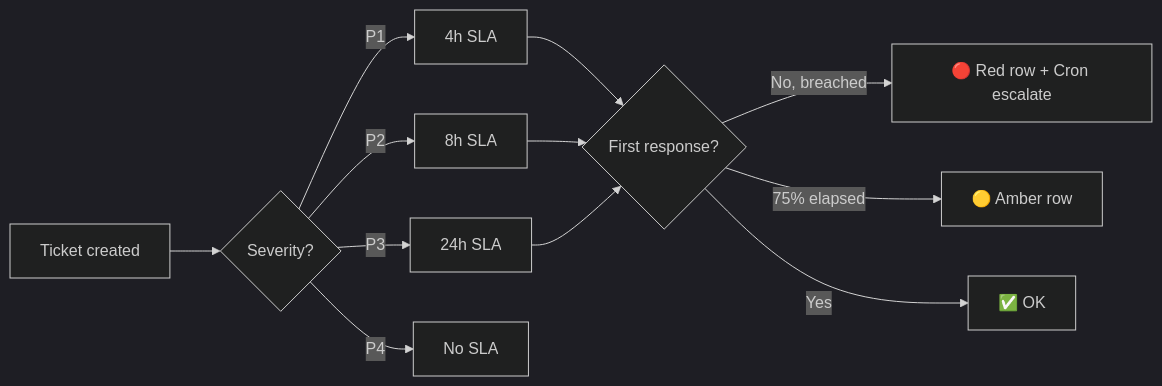
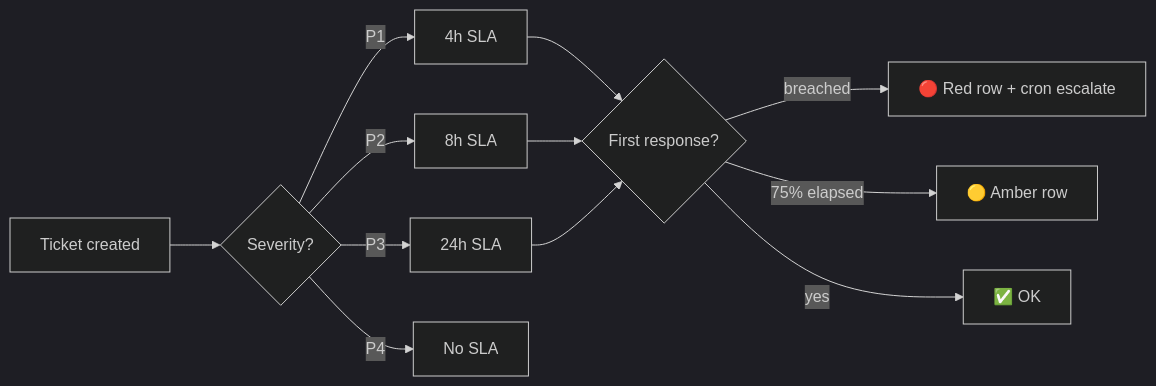
The fifth of 10 diagrams in README.md (SandaAbhishekSagar/autoace-internal-ticketing-dashboard), drawn with Mermaid (dark theme) before and after one commit. The commit also changed other lines of this file and 1 other file, not shown here.

Commit message:
Fix README diagrams: replace blocked SVGs with Mermaid, add Slack invite

````diff
--- a/README.md
+++ b/README.md
@@ -97,12 +166,12 @@
 ```mermaid
 flowchart LR
     T["Ticket created"] --> W{Severity?}
     W -->|P1| A["4h SLA"]
     W -->|P2| B["8h SLA"]
     W -->|P3| C["24h SLA"]
     W -->|P4| D["No SLA"]
     A & B & C --> R{First response?}
-    R -->|No, breached| E["🔴 Red row + Cron escalate"]
+    R -->|breached| E["🔴 Red row + cron escalate"]
     R -->|75% elapsed| F["🟡 Amber row"]
-    R -->|Yes| G["✅ OK"]
+    R -->|yes| G["✅ OK"]
 ```
````
